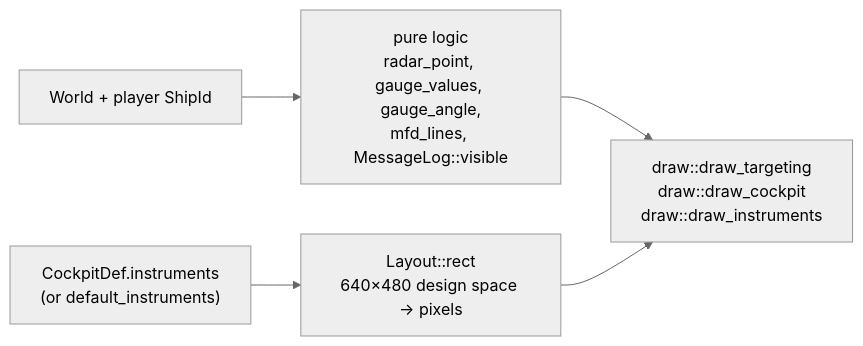
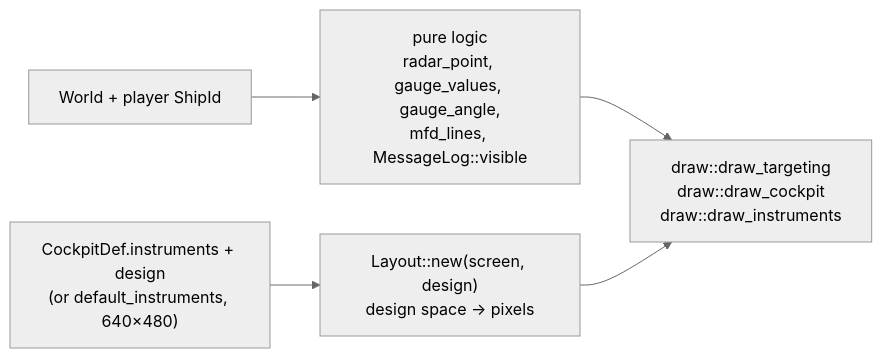
Before and after one commit to bbogovich/OpenInterceptor: the diagram in docs/architecture/hud.md, drawn with Mermaid (neutral theme). The commit also changed other lines of this file and 28 other files, not shown here.

````diff
--- a/docs/architecture/hud.md
+++ b/docs/architecture/hud.md
@@ -9,7 +9,7 @@
 ```mermaid
 flowchart LR
     W["World + player ShipId"] --> L["pure logic<br/>radar_point, gauge_values, gauge_angle,<br/>mfd_lines, MessageLog::visible"]
-    CK["CockpitDef.instruments<br/>(or default_instruments)"] --> LY["Layout::rect<br/>640×480 design space → pixels"]
+    CK["CockpitDef.instruments + design<br/>(or default_instruments, 640×480)"] --> LY["Layout::new(screen, design)<br/>design space → pixels"]
     L --> D["draw::draw_targeting<br/>draw::draw_cockpit<br/>draw::draw_instruments"]
     LY --> D
 ```
````
